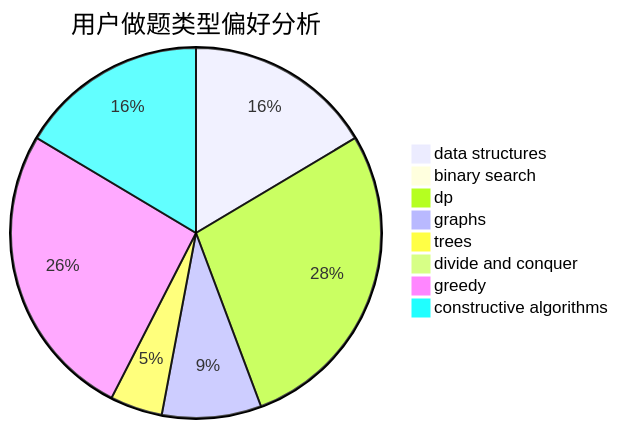
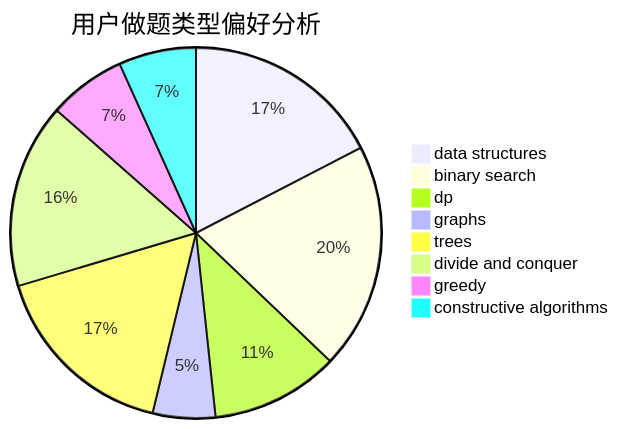
One commit to sherpahu/cfrs.github.io changed the second of 3 diagrams in docs/user/u2349.md. Above: the diagram before and after it, drawn with Mermaid. The commit also changed other lines of this file and 2770 other files, not shown here.

````diff
--- a/docs/user/u2349.md
+++ b/docs/user/u2349.md
@@ -23,11 +23,11 @@
 ```mermaid
 pie title 用户做题类型偏好分析
-    "data structures" :  36
-    "binary search" :  1
-    "dp" :  61
-    "graphs" :  19
-    "trees" :  10
-    "divide and conquer" :  0
-    "greedy" :  57
-    "constructive algorithms" :  36
+    "data structures" :  67
+    "binary search" :  76
+    "dp" :  43
+    "graphs" :  21
+    "trees" :  64
+    "divide and conquer" :  62
+    "greedy" :  26
+    "constructive algorithms" :  26
 ```
````
